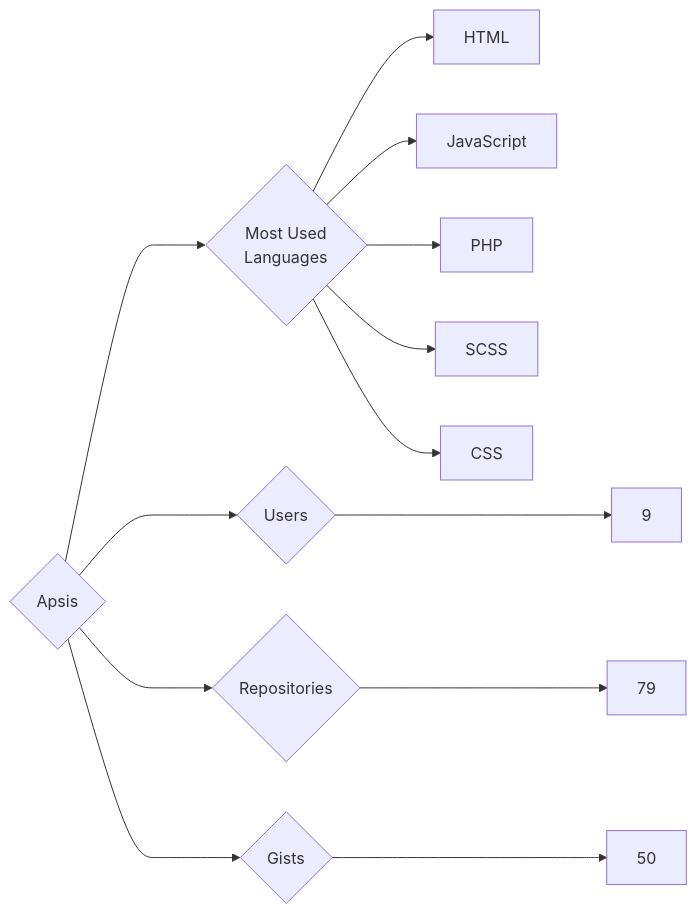
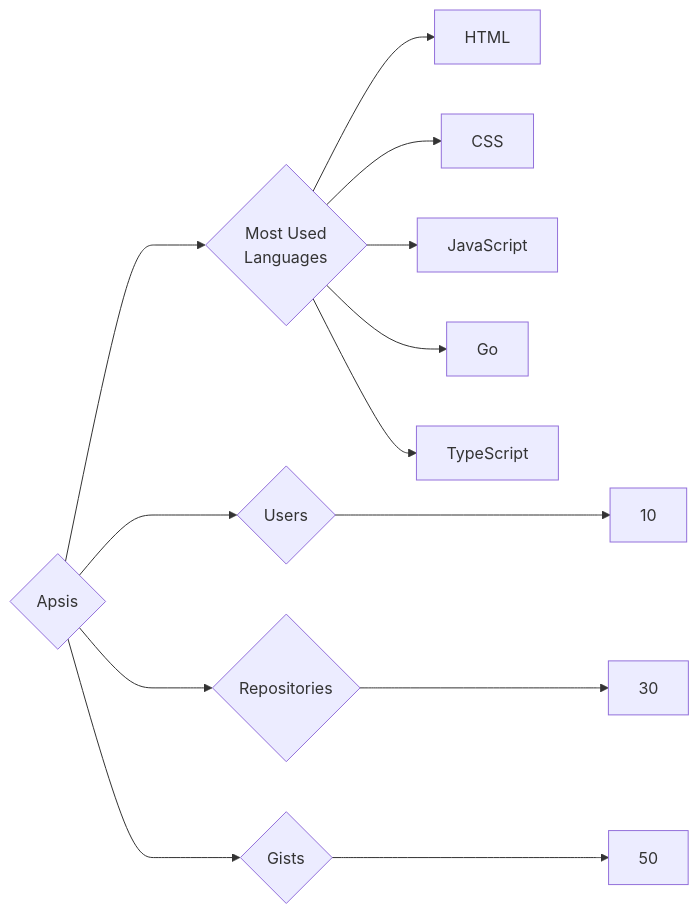
The diagram in targets/Apsis/README.md (trickest/insiders), drawn with Mermaid before and after one commit. The commit also changed 622 other files, not shown here.

````diff
--- a/targets/Apsis/README.md
+++ b/targets/Apsis/README.md
@@ -3,13 +3,13 @@
 ```mermaid
 graph LR
 COMPANY_NAME{Apsis}
-COMPANY_NAME ---> U{Users} ---> UN[9]
-COMPANY_NAME ---> R{Repositories} ---> RN[79]
+COMPANY_NAME ---> U{Users} ---> UN[10]
+COMPANY_NAME ---> R{Repositories} ---> RN[30]
 COMPANY_NAME ---> G{Gists} ---> GN[50]
 COMPANY_NAME ---> ML{Most Used<br>Languages}
 ML --> HTML[HTML]
+ML --> CSS[CSS]
 ML --> JavaScript[JavaScript]
-ML --> PHP[PHP]
-ML --> SCSS[SCSS]
-ML --> CSS[CSS]
+ML --> Go[Go]
+ML --> TypeScript[TypeScript]
 ```
````
